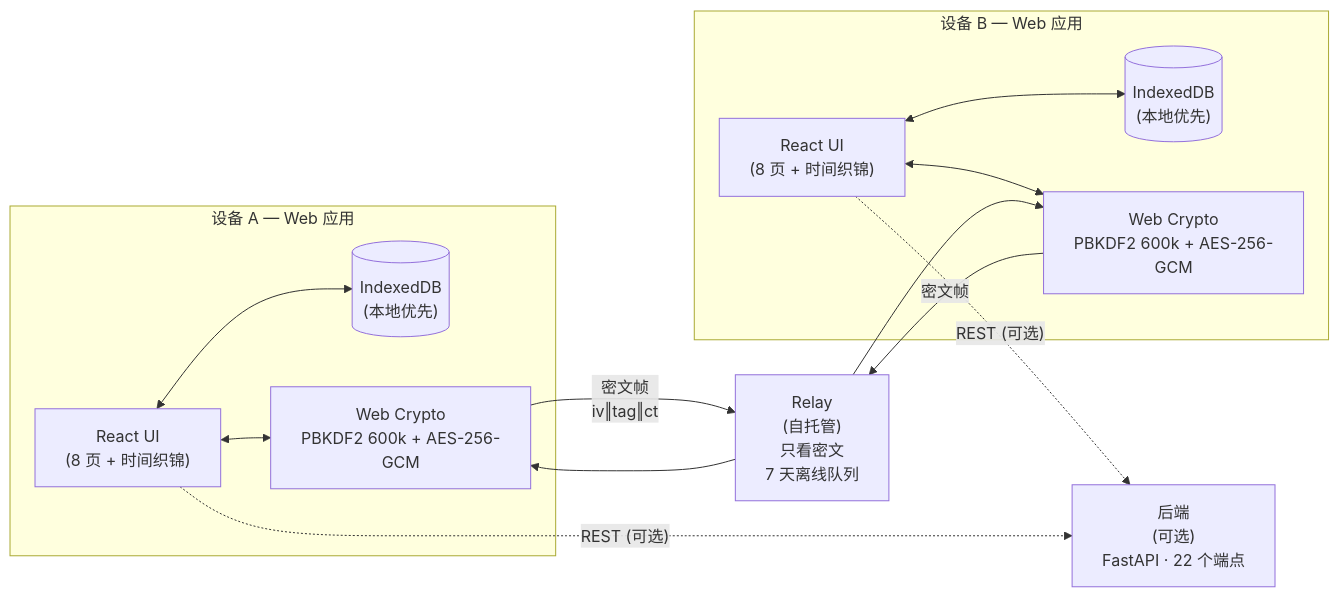
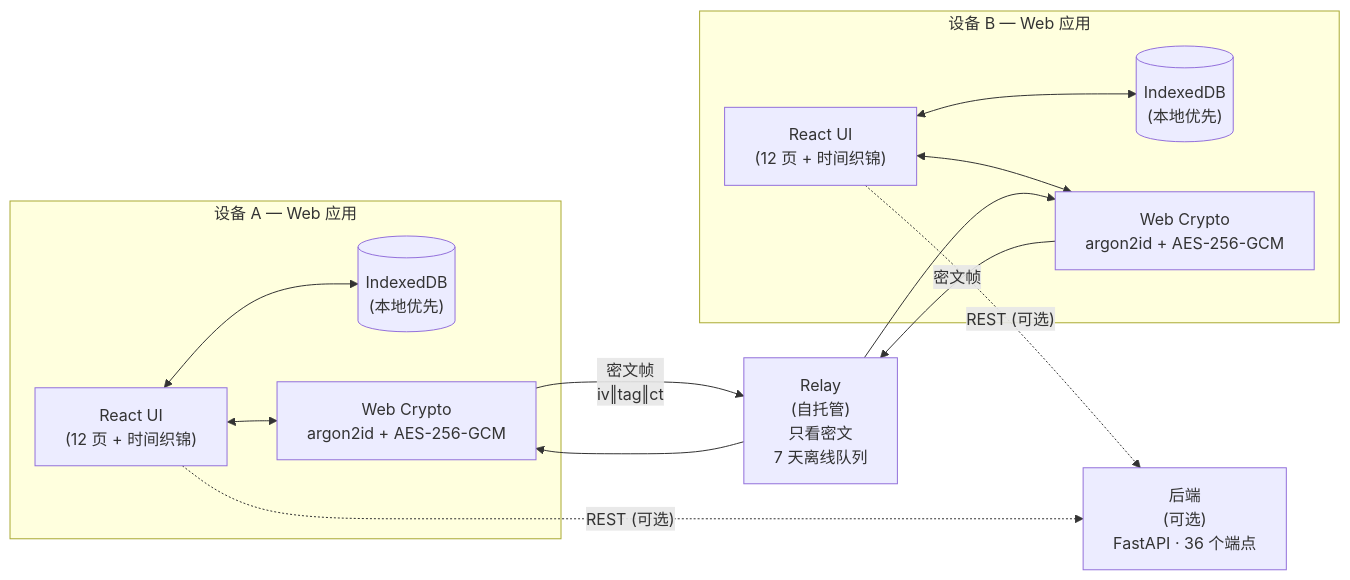
One commit to weed33834/goto changed the diagram in README.zh-CN.md. Above: the diagram before and after it, drawn with Mermaid. The commit also changed other lines of this file and 182 other files, not shown here.

First line of the commit message:
feat: Skill 管理页 + 前后端 schema 对齐 + 代码清理与算法优化

````diff
--- a/README.zh-CN.md
+++ b/README.zh-CN.md
@@ -73,29 +72,29 @@
 ```mermaid
 flowchart LR
   subgraph DeviceA["设备 A — Web 应用"]
-    A_UI["React UI<br/>(8 页 + 时间织锦)"]
+    A_UI["React UI<br/>(12 页 + 时间织锦)"]
     A_IDB[("IndexedDB<br/>(本地优先)")]
-    A_ENC["Web Crypto<br/>PBKDF2 600k + AES-256-GCM"]
+    A_ENC["Web Crypto<br/>argon2id + AES-256-GCM"]
     A_UI <--> A_IDB
     A_UI <--> A_ENC
   end
 
   subgraph DeviceB["设备 B — Web 应用"]
-    B_UI["React UI<br/>(8 页 + 时间织锦)"]
+    B_UI["React UI<br/>(12 页 + 时间织锦)"]
     B_IDB[("IndexedDB<br/>(本地优先)")]
-    B_ENC["Web Crypto<br/>PBKDF2 600k + AES-256-GCM"]
+    B_ENC["Web Crypto<br/>argon2id + AES-256-GCM"]
     B_UI <--> B_IDB
     B_UI <--> B_ENC
   end
 
   Relay["Relay<br/>(自托管)<br/>只看密文<br/>7 天离线队列"]
-  Backend["后端<br/>(可选)<br/>FastAPI · 22 个端点"]
+  Backend["后端<br/>(可选)<br/>FastAPI · 36 个端点"]
 
   A_ENC -- "密文帧<br/>iv‖tag‖ct" --> Relay
   Relay --> B_ENC
   B_ENC -- "密文帧" --> Relay
   Relay --> A_ENC
 
   A_UI -. "REST (可选)" .-> Backend
   B_UI -. "REST (可选)" .-> Backend
 ```
````
